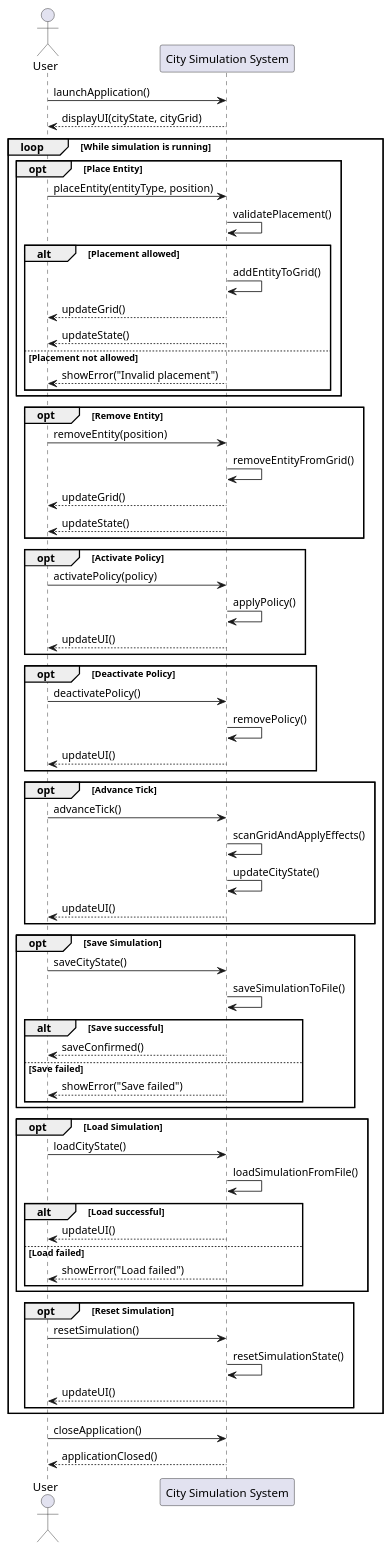
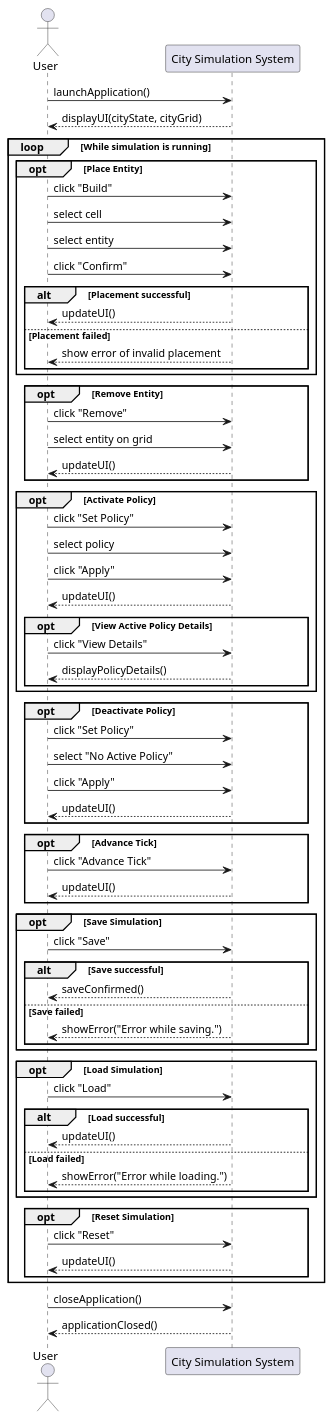
One commit to Anna-code17/ssa_project changed the first of 5 diagrams in documents/diagrams_md/system_sequence_diagrams.md. Above: the diagram before and after it, drawn with PlantUML.

````diff
--- a/documents/diagrams_md/system_sequence_diagrams.md
+++ b/documents/diagrams_md/system_sequence_diagrams.md
@@ -7,5 +7,4 @@
 ```plantuml
-
 @startuml
 actor User
 participant "City Simulation System" as System
@@ -15,74 +14,75 @@
 
 loop While simulation is running
 
-    opt Place Entity
-        User -> System : placeEntity(entityType, position)
-        System -> System : validatePlacement()
 
-        alt Placement allowed
-            System -> System : addEntityToGrid()
-            System --> User : updateGrid()
-            System --> User : updateState()
+opt Place Entity
+    User -> System : click "Build"
+    User -> System : select cell
+    User -> System : select entity
+    User -> System : click "Confirm"
 
-        else Placement not allowed
-            System --> User : showError("Invalid placement")
-        end
+    alt Placement successful
+        System --> User : updateUI()
+    else Placement failed
+        System --> User : show error of invalid placement
     end
+end
 
-    opt Remove Entity
-        User -> System : removeEntity(position)
-        System -> System : removeEntityFromGrid()
-        System --> User : updateGrid()
-        System --> User : updateState()
+opt Remove Entity
+    User -> System : click "Remove"
+    User -> System : select entity on grid
+    System --> User : updateUI()
+end
+
+opt Activate Policy
+    User -> System : click "Set Policy"
+    User -> System : select policy
+    User -> System : click "Apply"
+    System --> User : updateUI()
+
+    opt View Active Policy Details
+        User -> System : click "View Details"
+        System --> User : displayPolicyDetails()
     end
+end
 
-    opt Activate Policy
-        User -> System : activatePolicy(policy)
-        System -> System : applyPolicy()
+opt Deactivate Policy
+    User -> System : click "Set Policy"
+    User -> System : select "No Active Policy"
+    User -> System : click "Apply"
+    System --> User : updateUI()
+end
+
+opt Advance Tick
+    User -> System : click "Advance Tick"
+    System --> User : updateUI()
+end
+
+opt Save Simulation
+    User -> System : click "Save"
+
+    alt Save successful
+        System --> User : saveConfirmed()
+    else Save failed
+        System --> User : showError("Error while saving.")
+    end
+end
+
+opt Load Simulation
+    User -> System : click "Load"
+
+    alt Load successful
         System --> User : updateUI()
+    else Load failed
+        System --> User : showError("Error while loading.")
     end
+end
 
-    opt Deactivate Policy
-        User -> System : deactivatePolicy()
-        System -> System : removePolicy()
-        System --> User : updateUI()
-    end
+opt Reset Simulation
+    User -> System : click "Reset"
+    System --> User : updateUI()
+end
 
-    opt Advance Tick
-        User -> System : advanceTick()
-        System -> System : scanGridAndApplyEffects()
-        System -> System : updateCityState()
-        System --> User : updateUI()
-    end
-
-    opt Save Simulation
-        User -> System : saveCityState()
-        System -> System : saveSimulationToFile()
-
-        alt Save successful
-            System --> User : saveConfirmed()
-        else Save failed
-            System --> User : showError("Save failed")
-        end
-    end
-
-    opt Load Simulation
-        User -> System : loadCityState()
-        System -> System : loadSimulationFromFile()
-
-        alt Load successful
-            System --> User : updateUI()
-        else Load failed
-            System --> User : showError("Load failed")
-        end
-
-    end
-
-    opt Reset Simulation
-        User -> System : resetSimulation()
-        System -> System : resetSimulationState()
-        System --> User : updateUI()
-    end
 
 end
 
@@ -90,5 +90,4 @@
 System --> User : applicationClosed()
 
 @enduml
-
 ```
````
